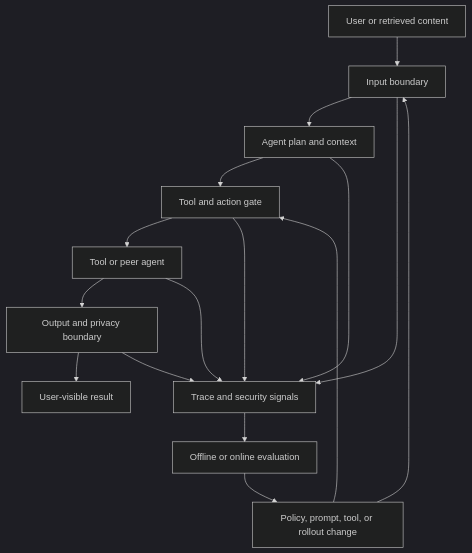
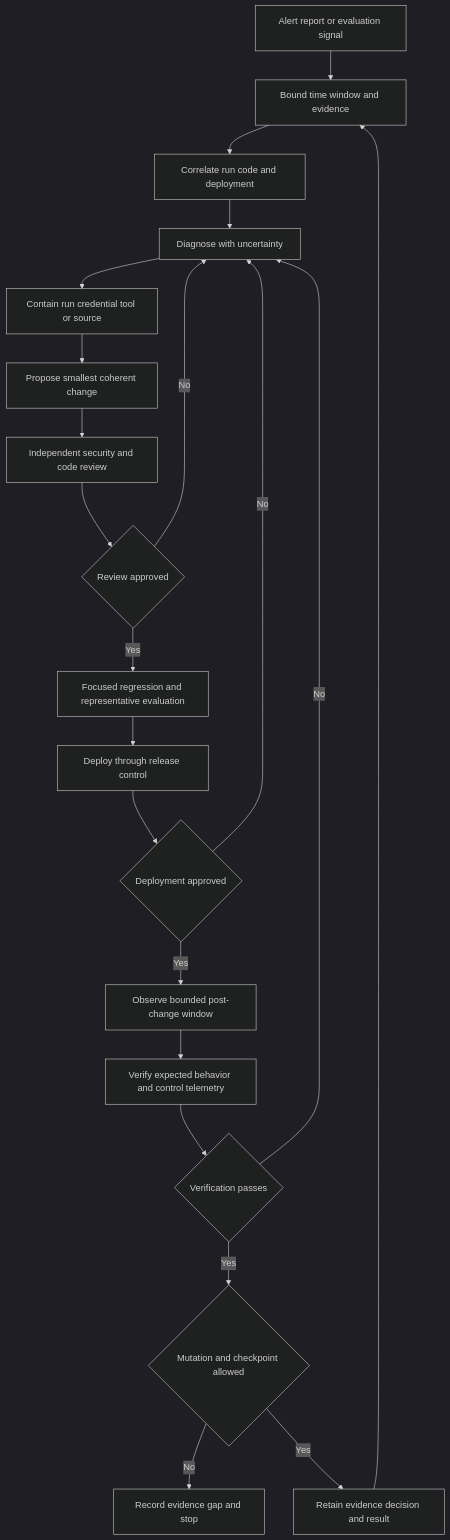
The diagram in openwiki/operations/security-and-observability.md (dima-koshman/skills), drawn with Mermaid (dark theme) before and after one commit. The commit also changed other lines of this file and 15 other files, not shown here.

````diff
--- a/openwiki/operations/security-and-observability.md
+++ b/openwiki/operations/security-and-observability.md
@@ -46,18 +99,23 @@
 ```mermaid
 flowchart TD
-    Input["User or retrieved content"] --> Boundary["Input boundary"]
-    Boundary --> Plan["Agent plan and context"]
-    Plan --> ActionGate["Tool and action gate"]
-    ActionGate --> Tool["Tool or peer agent"]
-    Tool --> OutputBoundary["Output and privacy boundary"]
-    OutputBoundary --> Result["User-visible result"]
-    Boundary --> Trace["Trace and security signals"]
-    Plan --> Trace
-    ActionGate --> Trace
-    Tool --> Trace
-    OutputBoundary --> Trace
-    Trace --> Evaluate["Offline or online evaluation"]
-    Evaluate --> Feedback["Policy, prompt, tool, or rollout change"]
-    Feedback --> Boundary
-    Feedback --> ActionGate
+    Signal["Alert report or evaluation signal"] --> Scope["Bound time window and evidence"]
+    Scope --> Correlate["Correlate run code and deployment"]
+    Correlate --> Diagnose["Diagnose with uncertainty"]
+    Diagnose --> Contain["Contain run credential tool or source"]
+    Contain --> Change["Propose smallest coherent change"]
+    Change --> Review["Independent security and code review"]
+    Review --> ReviewGate{"Review approved"}
+    ReviewGate -->|"No"| Diagnose
+    ReviewGate -->|"Yes"| Test["Focused regression and representative evaluation"]
+    Test --> Deploy["Deploy through release control"]
+    Deploy --> DeployGate{"Deployment approved"}
+    DeployGate -->|"No"| Diagnose
+    DeployGate -->|"Yes"| Observe["Observe bounded post-change window"]
+    Observe --> Verify["Verify expected behavior and control telemetry"]
+    Verify --> VerifyGate{"Verification passes"}
+    VerifyGate -->|"No"| Diagnose
+    VerifyGate -->|"Yes"| MutateGate{"Mutation and checkpoint allowed"}
+    MutateGate -->|"No"| Record["Record evidence gap and stop"]
+    MutateGate -->|"Yes"| Learn["Retain evidence decision and result"]
+    Learn --> Scope
 ```
````
